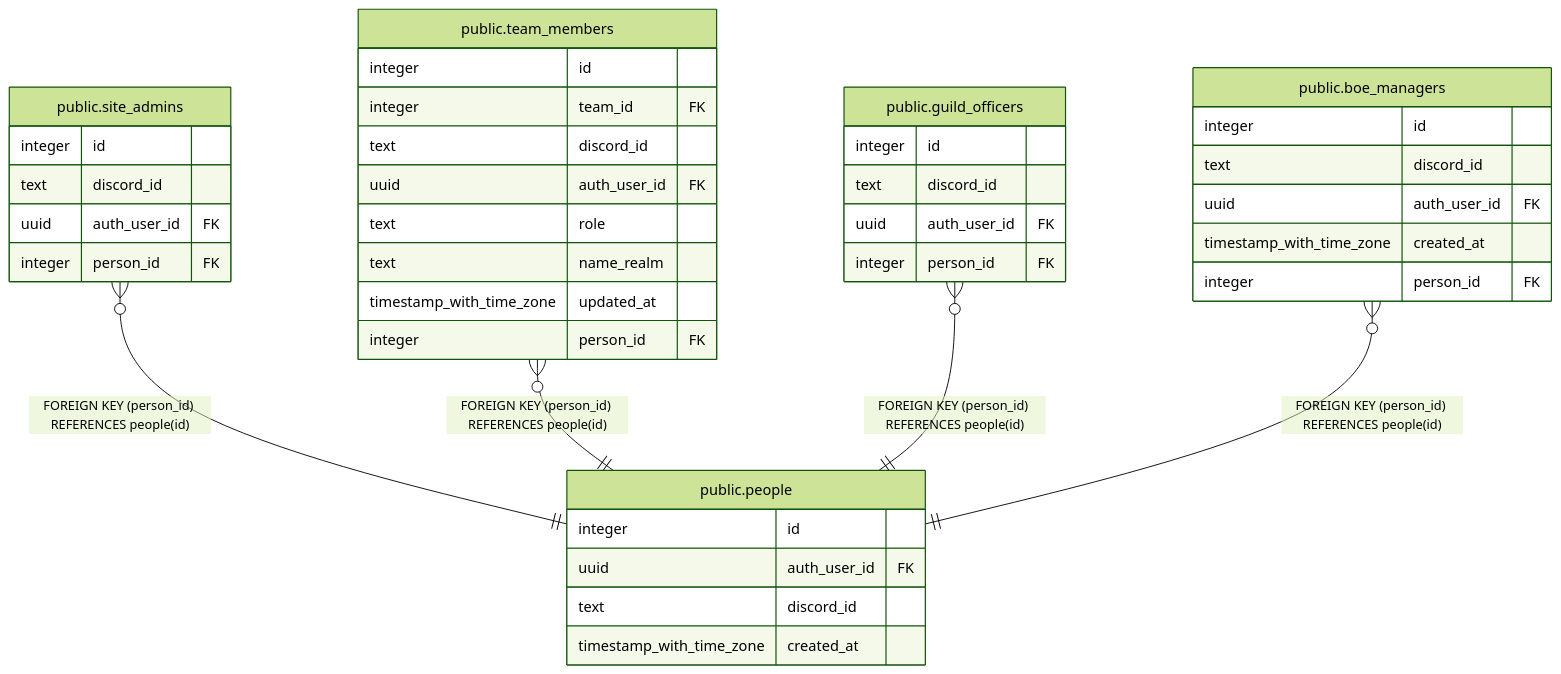
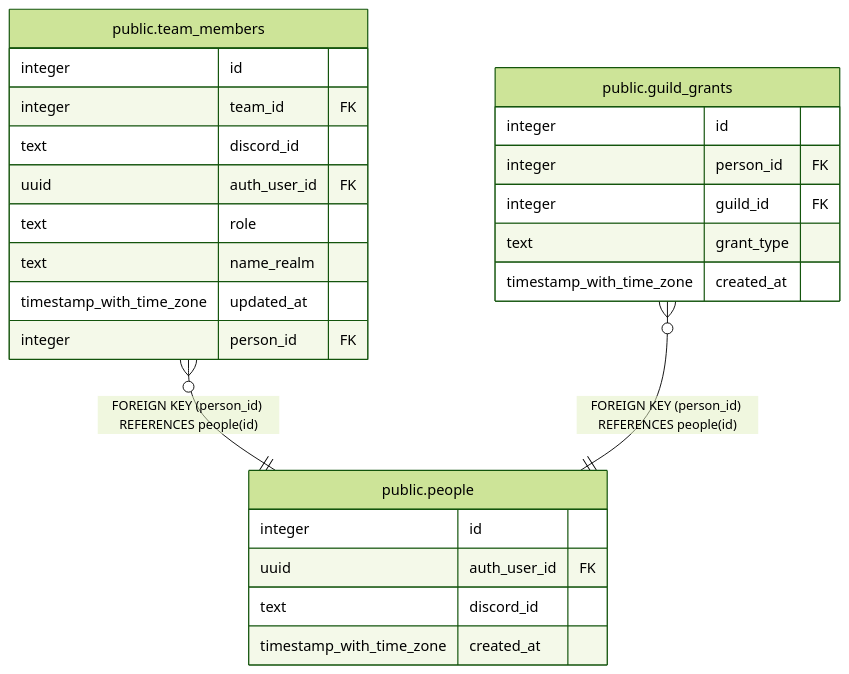
Before and after one commit to katogaming88/WGA-Raid-Hub: the diagram in dbdoc/public.people.md, drawn with Mermaid (forest theme). The commit also changed other lines of this file and 61 other files, not shown here.

First line of the commit message:
One guild_grants table replaces the site admin, guild officer and BoE manager tables (v3.124.0)

````diff
--- a/dbdoc/public.people.md
+++ b/dbdoc/public.people.md
@@ -41,44 +41,30 @@
 ```mermaid
 erDiagram
 
-"public.site_admins" }o--|| "public.people" : "FOREIGN KEY (person_id) REFERENCES people(id)"
 "public.team_members" }o--|| "public.people" : "FOREIGN KEY (person_id) REFERENCES people(id)"
-"public.guild_officers" }o--|| "public.people" : "FOREIGN KEY (person_id) REFERENCES people(id)"
-"public.boe_managers" }o--|| "public.people" : "FOREIGN KEY (person_id) REFERENCES people(id)"
+"public.guild_grants" }o--|| "public.people" : "FOREIGN KEY (person_id) REFERENCES people(id)"
 
 "public.people" {
   integer id
   uuid auth_user_id FK
   text discord_id
   timestamp_with_time_zone created_at
-}
-"public.site_admins" {
-  integer id
-  text discord_id
-  uuid auth_user_id FK
-  integer person_id FK
 }
 "public.team_members" {
   integer id
   integer team_id FK
   text discord_id
   uuid auth_user_id FK
   text role
   text name_realm
   timestamp_with_time_zone updated_at
   integer person_id FK
 }
-"public.guild_officers" {
+"public.guild_grants" {
   integer id
-  text discord_id
-  uuid auth_user_id FK
   integer person_id FK
-}
-"public.boe_managers" {
-  integer id
-  text discord_id
-  uuid auth_user_id FK
+  integer guild_id FK
+  text grant_type
   timestamp_with_time_zone created_at
-  integer person_id FK
 }
 ```
````
